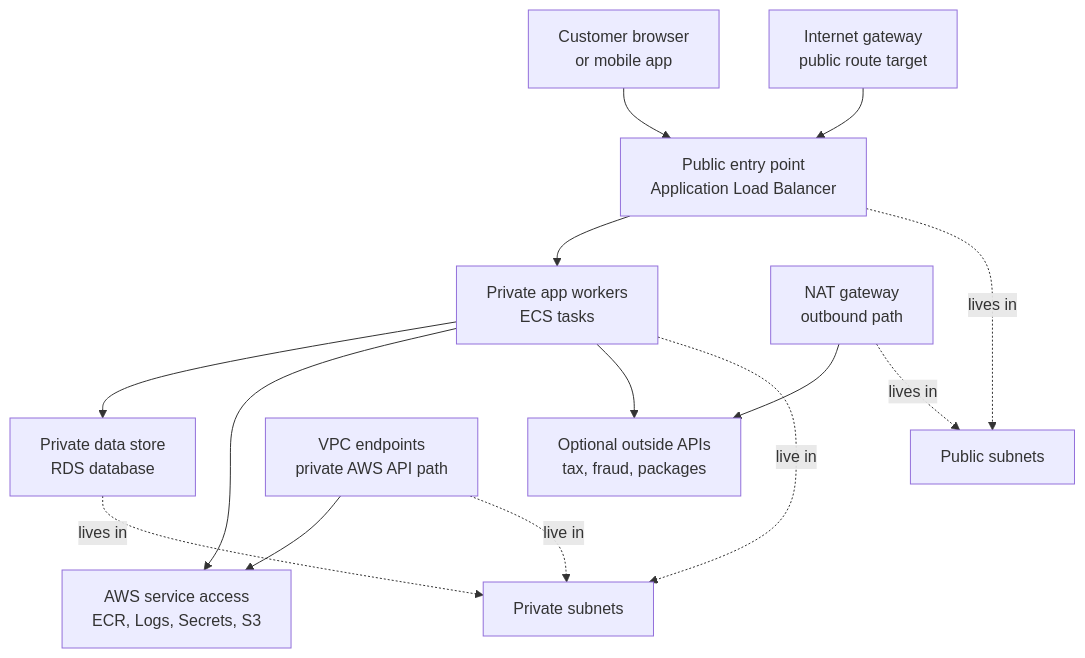
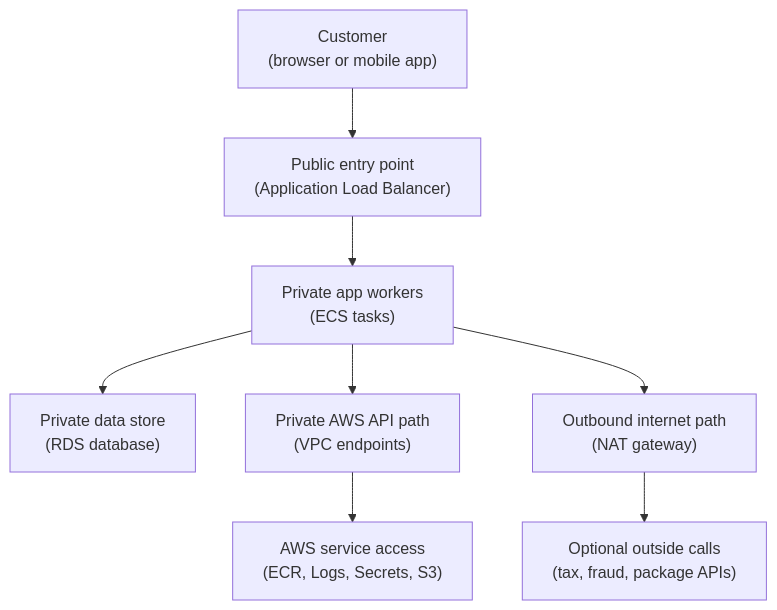
Before and after one commit to senlinyy/dev-roadmaps: the first of 2 diagrams in cloud-providers/aws/networking-connectivity/public-and-private-access.md, drawn with Mermaid. The commit also changed other lines of this file and 89 other files, not shown here.

````diff
--- a/cloud-providers/aws/networking-connectivity/public-and-private-access.md
+++ b/cloud-providers/aws/networking-connectivity/public-and-private-access.md
@@ -76,18 +76,10 @@
 ```mermaid
 flowchart TD
-    USER["Customer browser<br/>or mobile app"] --> ALB["Public entry point<br/>Application Load Balancer"]
-    ALB --> TASKS["Private app workers<br/>ECS tasks"]
-    TASKS --> RDS["Private data store<br/>RDS database"]
-    TASKS --> AWSAPI["AWS service access<br/>ECR, Logs, Secrets, S3"]
-    TASKS --> OUTSIDE["Optional outside APIs<br/>tax, fraud, packages"]
-
-    IGW["Internet gateway<br/>public route target"] --> ALB
-    NAT["NAT gateway<br/>outbound path"] --> OUTSIDE
-    ENDPOINTS["VPC endpoints<br/>private AWS API path"] --> AWSAPI
-
-    ALB -. "lives in" .-> PUBSUB["Public subnets"]
-    NAT -. "lives in" .-> PUBSUB
-    TASKS -. "live in" .-> PRIVSUB["Private subnets"]
-    RDS -. "lives in" .-> PRIVSUB
-    ENDPOINTS -. "live in" .-> PRIVSUB
+    USER["Customer<br/>(browser or mobile app)"] --> ALB["Public entry point<br/>(Application Load Balancer)"]
+    ALB --> TASKS["Private app workers<br/>(ECS tasks)"]
+    TASKS --> RDS["Private data store<br/>(RDS database)"]
+    TASKS --> ENDPOINTS["Private AWS API path<br/>(VPC endpoints)"]
+    ENDPOINTS --> AWSAPI["AWS service access<br/>(ECR, Logs, Secrets, S3)"]
+    TASKS --> NAT["Outbound internet path<br/>(NAT gateway)"]
+    NAT --> OUTSIDE["Optional outside calls<br/>(tax, fraud, package APIs)"]
 ```
````
